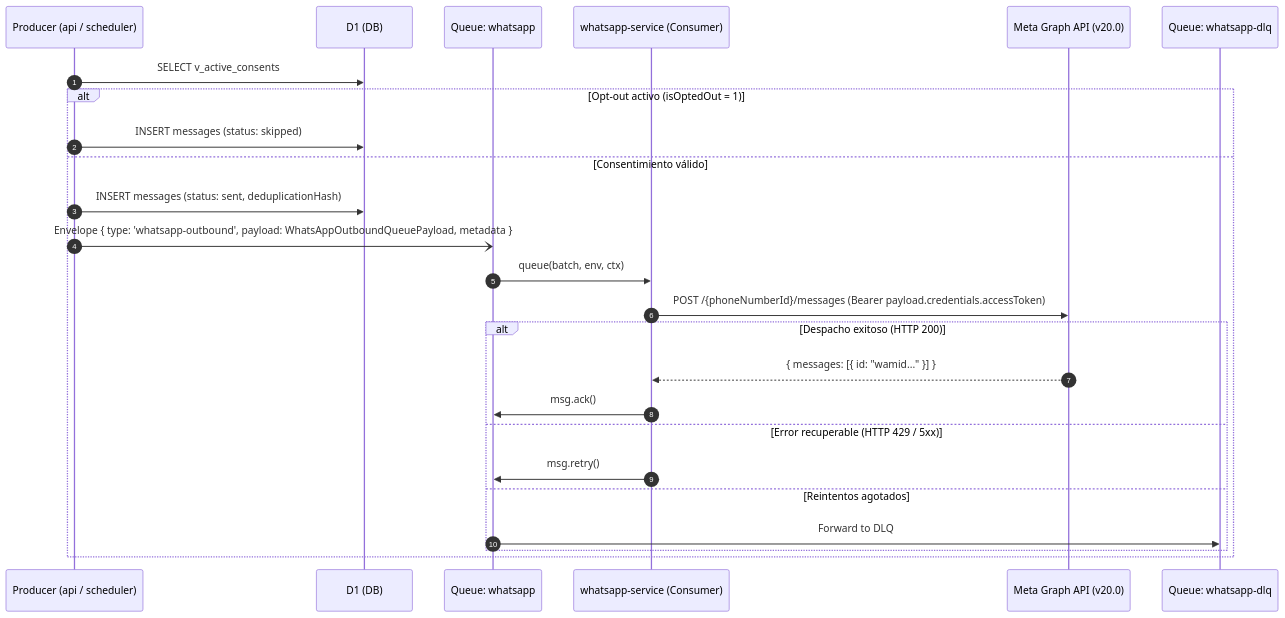
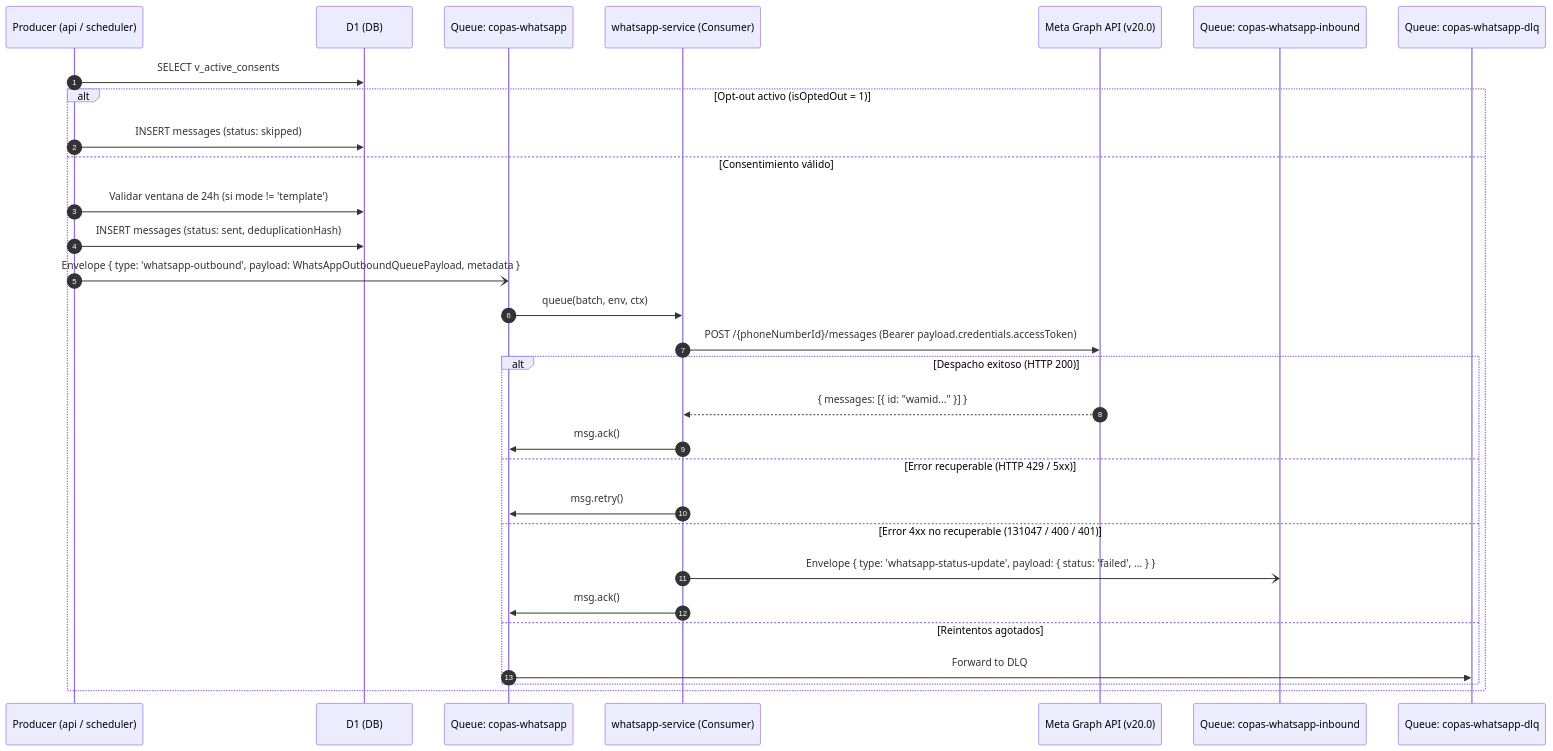
Before and after one commit to oriel-r/copas: the diagram in src/docs/infra/whatsapp-outbound-pipeline.md, drawn with Mermaid. The commit also changed other lines of this file and 19 other files, not shown here.

First line of the commit message:
feat(whatsapp-service): implement worker, contracts, and technical documentation

````diff
--- a/src/docs/infra/whatsapp-outbound-pipeline.md
+++ b/src/docs/infra/whatsapp-outbound-pipeline.md
@@ -16,30 +16,35 @@
 ```mermaid
 sequenceDiagram
     autonumber
 
     participant prod as Producer (api / scheduler)
     participant db as D1 (DB)
-    participant q as Queue: whatsapp
+    participant q as Queue: copas-whatsapp
     participant worker as whatsapp-service (Consumer)
     participant meta as Meta Graph API (v20.0)
-    participant dlq as Queue: whatsapp-dlq
+    participant q_in as Queue: copas-whatsapp-inbound
+    participant dlq as Queue: copas-whatsapp-dlq
 
     prod->>db: SELECT v_active_consents
     alt Opt-out activo (isOptedOut = 1)
         prod->>db: INSERT messages (status: skipped)
     else Consentimiento válido
+        prod->>db: Validar ventana de 24h (si mode != 'template')
         prod->>db: INSERT messages (status: sent, deduplicationHash)
         prod-)q: Envelope { type: 'whatsapp-outbound', payload: WhatsAppOutboundQueuePayload, metadata }
         q->>worker: queue(batch, env, ctx)
         worker->>meta: POST /{phoneNumberId}/messages (Bearer payload.credentials.accessToken)
         
         alt Despacho exitoso (HTTP 200)
             meta-->>worker: { messages: [{ id: "wamid..." }] }
             worker->>q: msg.ack()
         else Error recuperable (HTTP 429 / 5xx)
             worker->>q: msg.retry()
+        else Error 4xx no recuperable (131047 / 400 / 401)
+            worker-)q_in: Envelope { type: 'whatsapp-status-update', payload: { status: 'failed', ... } }
+            worker->>q: msg.ack()
         else Reintentos agotados
             q->>dlq: Forward to DLQ
         end
     end
 ```
````
